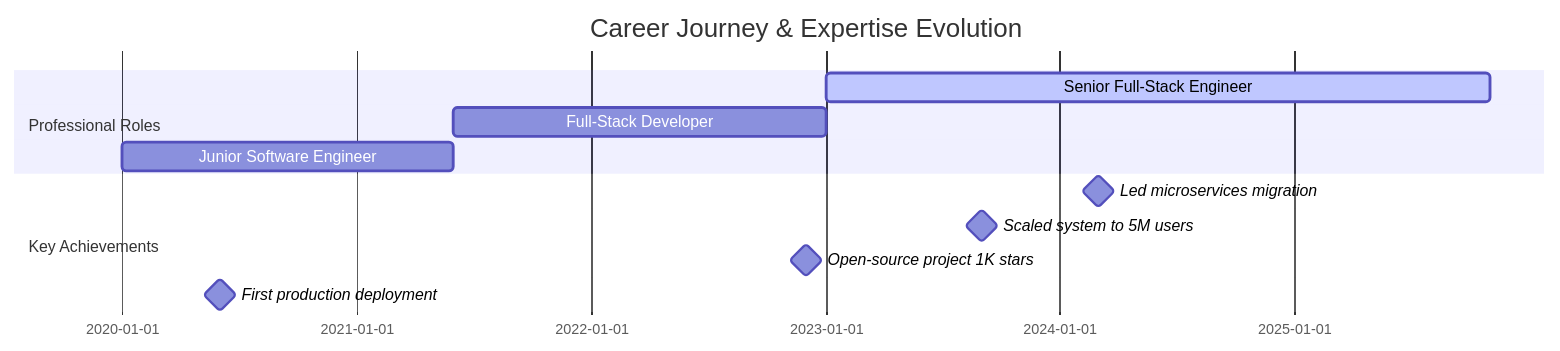
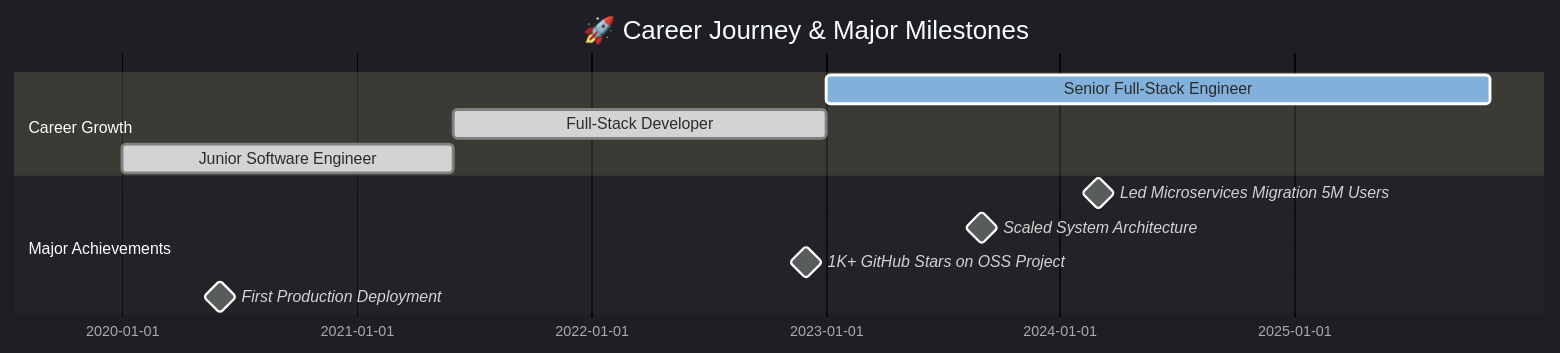
Before and after one commit to peashdasrudra/peashdasrudra: the fourth of 4 diagrams in README.md, drawn with Mermaid. The commit also changed other lines of this file, not shown here.

````diff
--- a/README.md
+++ b/README.md
@@ -372,15 +477,16 @@
 ```mermaid
+%%{init: {'theme':'dark', 'themeVariables': { 'primaryColor':'#00F7FF','primaryTextColor':'#fff','primaryBorderColor':'#00F7FF','lineColor':'#00F7FF'}}}%%
 gantt
-    title Career Journey & Expertise Evolution
-    dateFormat  YYYY-MM
-    section Professional Roles
-    Senior Full-Stack Engineer         :active, 2023-01, 2025-11
-    Full-Stack Developer                :2021-06, 2023-01
-    Junior Software Engineer            :2020-01, 2021-06
+    title 🚀 Career Journey & Major Milestones
+    dateFormat YYYY-MM
+    section Career Growth
+    Senior Full-Stack Engineer           :active, 2023-01, 2025-11
+    Full-Stack Developer                 :done, 2021-06, 2023-01
+    Junior Software Engineer             :done, 2020-01, 2021-06
     
-    section Key Achievements
-    Led microservices migration         :milestone, 2024-03, 0d
-    Scaled system to 5M users           :milestone, 2023-09, 0d
-    Open-source project 1K stars        :milestone, 2022-12, 0d
-    First production deployment         :milestone, 2020-06, 0d
+    section Major Achievements
+    Led Microservices Migration 5M Users :milestone, m1, 2024-03, 0d
+    Scaled System Architecture           :milestone, m2, 2023-09, 0d
+    1K+ GitHub Stars on OSS Project      :milestone, m3, 2022-12, 0d
+    First Production Deployment          :milestone, m4, 2020-06, 0d
 ```
````
